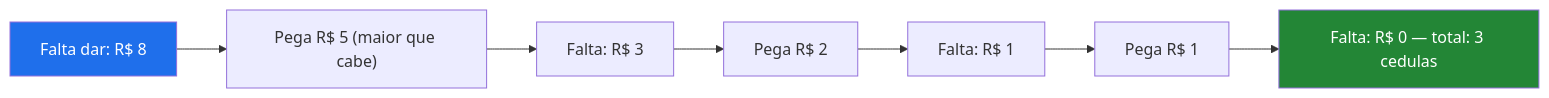
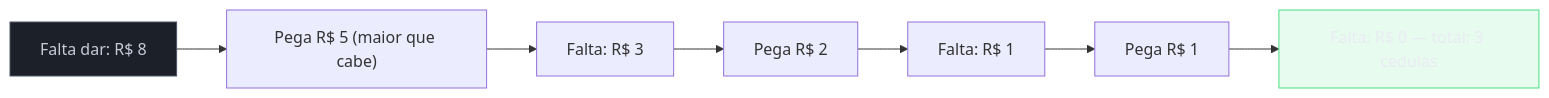
Before and after one commit to josenaldo/codex-technomanticus: the first of 6 diagrams in 03-Dominios/Ciência/Algoritmos/11 - Greedy.md, drawn with Mermaid. The commit also changed other lines of this file and 1181 other files, not shown here.

First line of the commit message:
fix(diagramas): paleta do sistema no lugar de cor cravada no markdown

````diff
--- a/03-Dominios/Ciência/Algoritmos/11 - Greedy.md
+++ b/03-Dominios/Ciência/Algoritmos/11 - Greedy.md
@@ -60,11 +60,13 @@
 ```mermaid
 flowchart LR
+    classDef neutro fill:#1B2029,stroke:#4E5666,color:#C6CCD8
+    classDef ok fill:#4ADE8021,stroke:#4ADE80,color:#E9ECF2
     Inicio["Falta dar: R$ 8"] --> P5["Pega R$ 5 (maior que cabe)"]
     P5 --> R3["Falta: R$ 3"]
     R3 --> P2["Pega R$ 2"]
     P2 --> R1["Falta: R$ 1"]
     R1 --> P1["Pega R$ 1"]
     P1 --> Fim["Falta: R$ 0 — total: 3 cedulas"]
-    style Inicio fill:#1f6feb,color:#fff
-    style Fim fill:#238636,color:#fff
+    class Inicio neutro
+    class Fim ok
 ```
````
